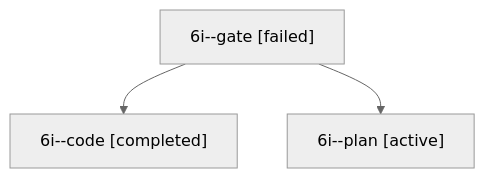
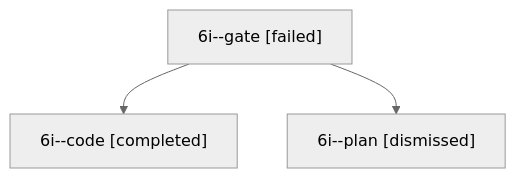
One commit to bobs-org/bob-cli--agents changed the diagram in sessions/bbugyi200.apollo.6i.md. Above: the diagram before and after it, drawn with Mermaid (neutral theme). The commit also changed other lines of this file and 10 other files, not shown here.

````diff
--- a/sessions/bbugyi200.apollo.6i.md
+++ b/sessions/bbugyi200.apollo.6i.md
@@ -9,8 +9,8 @@
 ```mermaid
 flowchart TD
   n0["6i--gate [failed]"]
   n1["6i--code [completed]"]
   n0 --> n1
-  n2["6i--plan [active]"]
+  n2["6i--plan [dismissed]"]
   n0 --> n2
 ```
````
